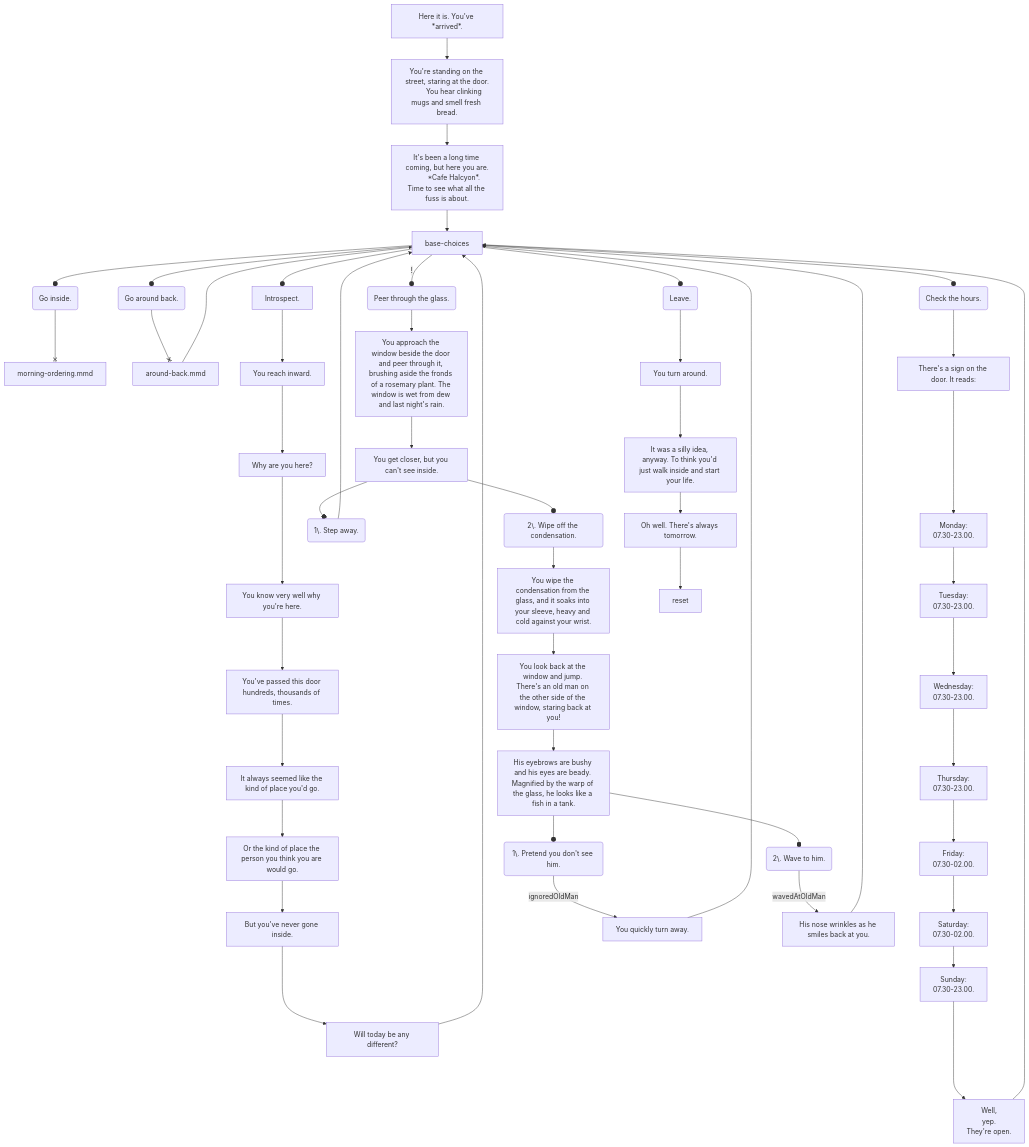
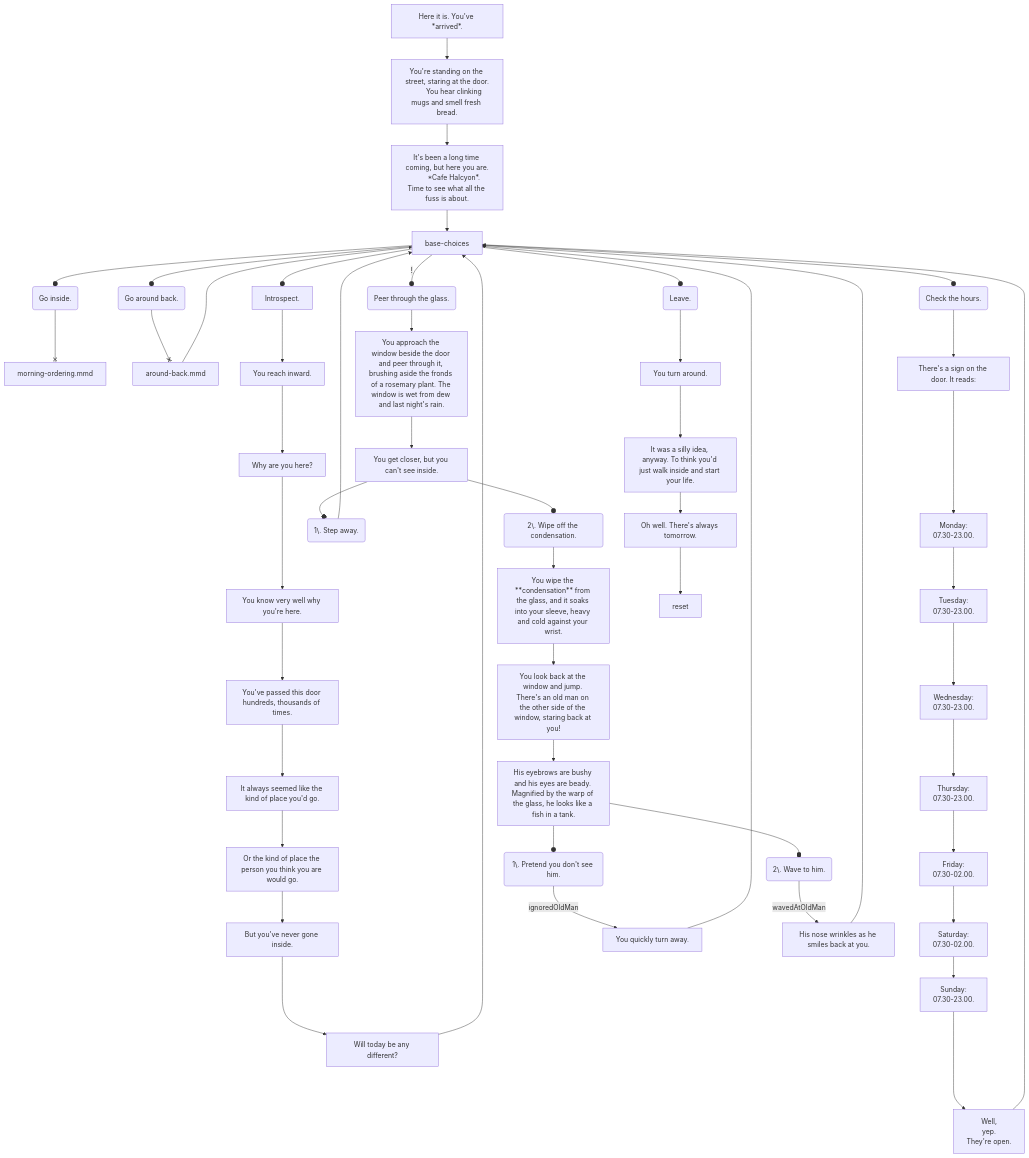
One commit to probablyduncan/cafe changed the diagram in src/assets/scenes/morning-start-outside.mmd. Above: the diagram before and after it, drawn with Mermaid. The commit also changed 12 other files, not shown here.

```diff
--- a/src/assets/scenes/morning-start-outside.mmd
+++ b/src/assets/scenes/morning-start-outside.mmd
@@ -1,111 +1,111 @@
 flowchart TD
     i[Here it is. You've *arrived*.]
     --> ii[
         You're standing on the street, staring at the door.
         You hear clinking mugs and smell fresh bread.
     ]
     --> iii[
         It's been a long time coming, but here you are.
         *Cafe Halcyon*. Time to see what all the fuss is about.
     ]
     iii --> base-choices
     
     %% hub
     base-choices --o go-inside(Go inside.) --x inside[morning-ordering.mmd]
     base-choices --o check-hours(Check the hours.)
     base-choices --o investigate-feelings[Introspect.]
     base-choices -- ! --o peer-through-glass(Peer through the glass.)
     base-choices --o go-around-back(Go around back.) --x around-back[around-back.mmd] --> base-choices
     base-choices --o leave(Leave.)
 
     %% 
     %% hours
     %% 
 
     check-hours 
     --> check-hours-i[There's a sign on the door. It reads:]
     ---> mon[
         Monday:
         07.30-23.00.
     ]
     --> tues[
         Tuesday:
         07.30-23.00.
     ]
     --> wed[
         Wednesday:
         07.30-23.00.
     ]
     --> thurs[
         Thursday:
         07.30-23.00.
     ]
     --> fri[
         Friday:
         07.30-02.00.
     ]
     --> sat[
         Saturday:
         07.30-02.00.
     ]
     --> sun[
         Sunday:
         07.30-23.00.
     ]
     ----> check-hours-iii[
         Well,
         yep.
         They're open.
     ]
     --> base-choices
 
     %% 
     %% investigate your feelings
     %% 
 
     investigate-feelings --> if1[You reach inward.]
     --> if2[Why are you here?]
     ---> if6[You know very well why you're here.]
     --> if3[You've passed this door hundreds, thousands of times.]
     --> if4[It always seemed like the kind of place you'd go.]
     --> if5[Or the kind of place the person you think you are would go.]
     --> if9[But you've never gone inside.]
     ---> if8[Will today be any different?]
     --> base-choices
 
     %% 
     %% peer through glass
     %% 
 
     peer-through-glass --> peer-through-glass-i[You approach the window beside the door and peer through it, brushing aside the fronds of a rosemary plant. The window is wet from dew and last night's rain.]
     --> peer-through-glass-ii[You get closer, but you can't see inside.]
 
     %% don't wipe glass
     peer-through-glass-ii 
     --o peer-through-glass-ii-i(1\. Step away.)
     --> base-choices
 
     %% surprise! old man
     peer-through-glass-ii --o peer-through-glass-ii-ii(2\. Wipe off the condensation.) 
-    --> peer-through-glass-iii[You wipe the condensation from the glass, and it soaks into your sleeve, heavy and cold against your wrist.]
+    --> peer-through-glass-iii[You wipe the **condensation** from the glass, and it soaks into your sleeve, heavy and cold against your wrist.]
     --> peer-through-glass-iv[You look back at the window and jump. There's an old man on the other side of the window, staring back at you!]
     --> peer-through-glass-v[His eyebrows are bushy and his eyes are beady. Magnified by the warp of the glass, he looks like a fish in a tank.]
 
     %% ignore him
     peer-through-glass-v --o peer-through-glass-v-i(1\. Pretend you don't see him.) 
     -- ignoredOldMan --> peer-through-glass-v-i-i[You quickly turn away.] 
     --> base-choices
 
     %% wave at him
     peer-through-glass-v --o peer-through-glass-v-ii(2\. Wave to him.) 
     -- wavedAtOldMan --> peer-through-glass-v-ii-i[His nose wrinkles as he smiles back at you.] 
     --> base-choices
     
     %% 
     %% leave
     %% 
 
     leave --> leave-i[You turn around.]
     --> leave-ii[It was a silly idea, anyway. To think you'd just walk inside and start your life.]
     --> leave-iii[Oh well. There's always tomorrow.]
     --> reset
```
